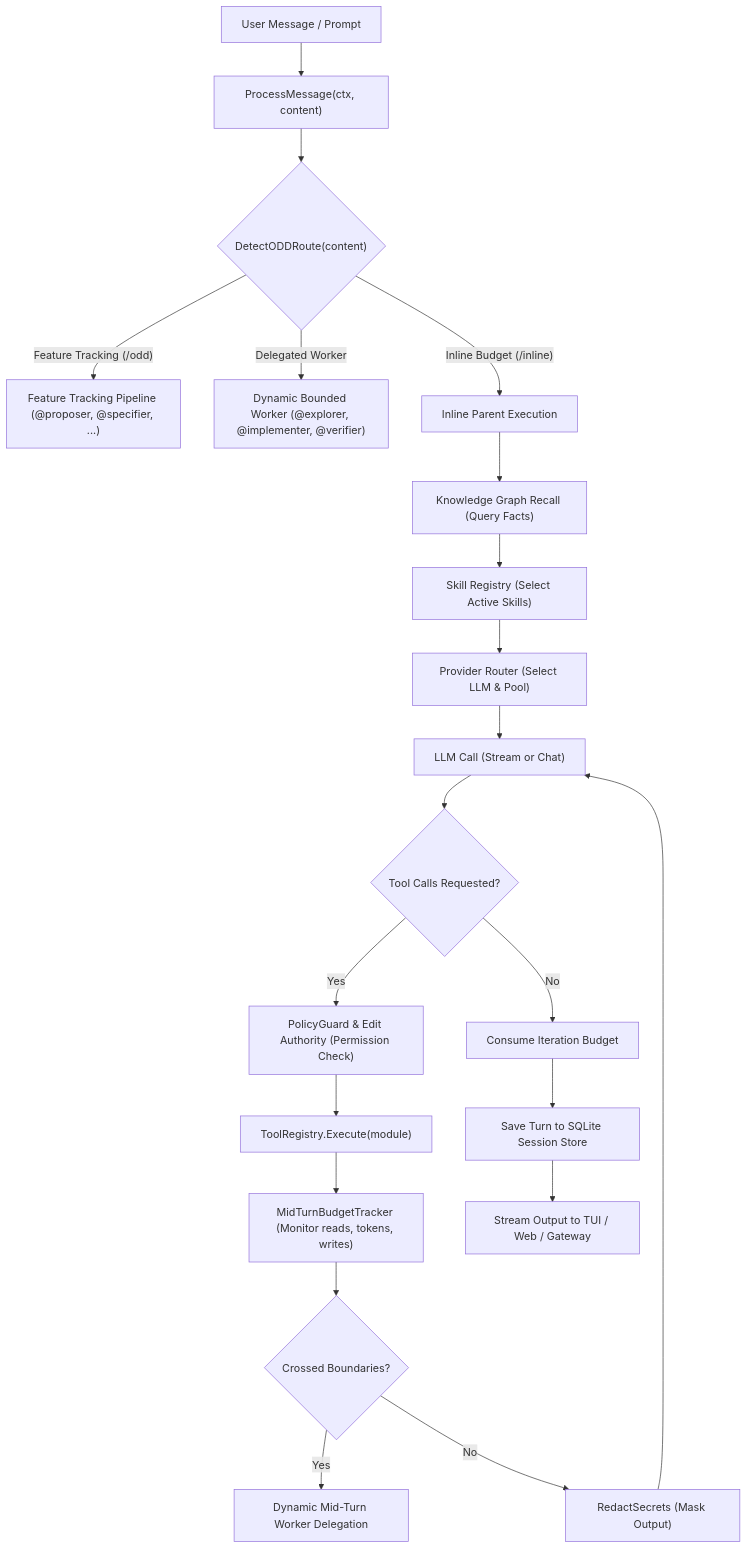
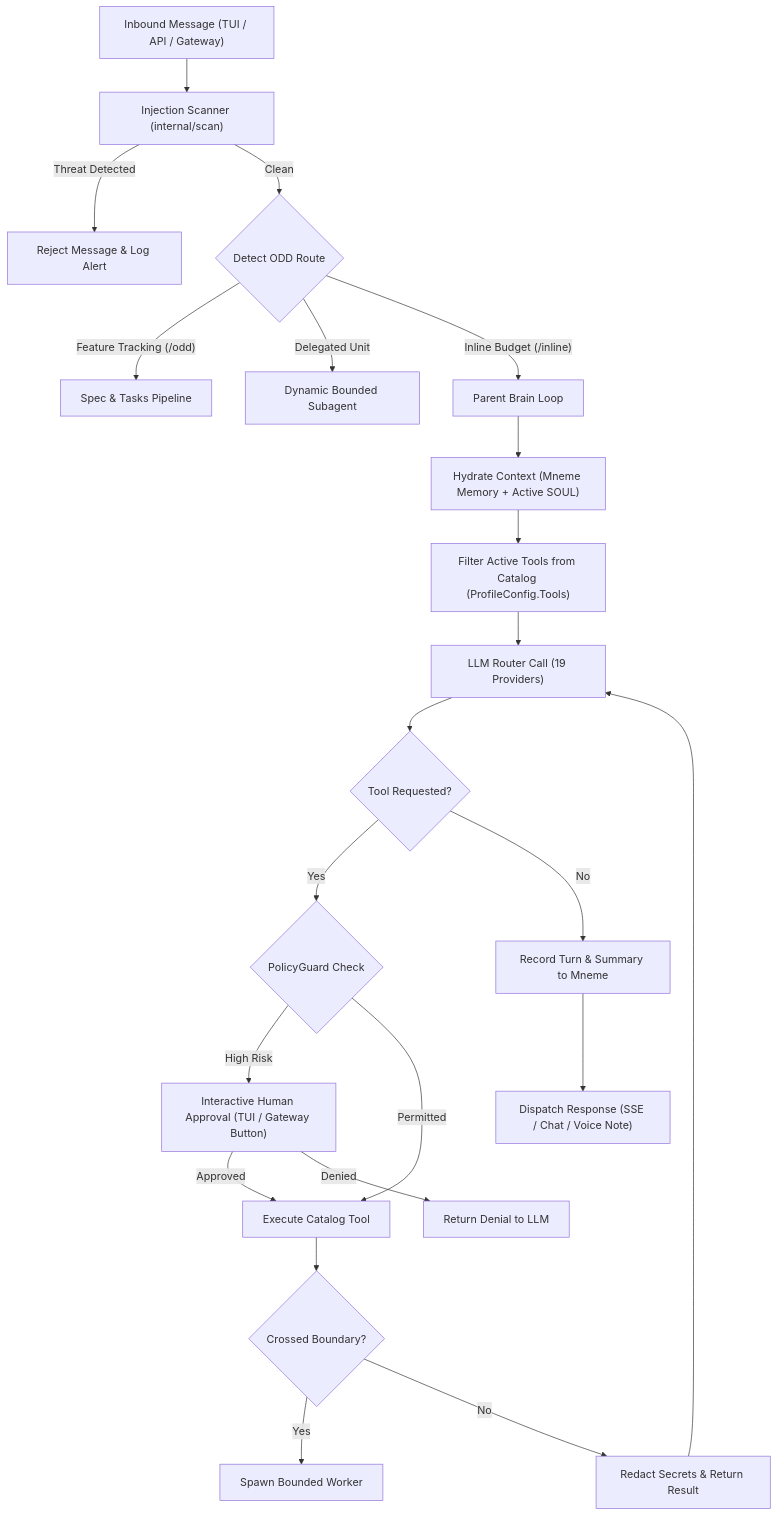
One commit to SalvucciFacundo/gaia changed the second of 5 diagrams in docs/architecture.md. Above: the diagram before and after it, drawn with Mermaid. The commit also changed other lines of this file, not shown here.

Commit message:
docs(arch): document hexagonal architecture, 60 packages, tool decoupling, and gateway pipeline

````diff
--- a/docs/architecture.md
+++ b/docs/architecture.md
@@ -43,27 +151,29 @@
 ```mermaid
 flowchart TD
-    IN["User Message / Prompt"] --> PROC["ProcessMessage(ctx, content)"]
-    
-    PROC --> ODD{"DetectODDRoute(content)"}
-    ODD -- "Feature Tracking (/odd)" --> FEAT["Feature Tracking Pipeline (@proposer, @specifier, ...)"]
-    ODD -- "Delegated Worker" --> WORKER["Dynamic Bounded Worker (@explorer, @implementer, @verifier)"]
-    ODD -- "Inline Budget (/inline)" --> INLINE["Inline Parent Execution"]
-    
-    INLINE --> KG["Knowledge Graph Recall (Query Facts)"]
-    KG --> SKILL["Skill Registry (Select Active Skills)"]
-    SKILL --> ROUTE["Provider Router (Select LLM & Pool)"]
-    ROUTE --> LLM["LLM Call (Stream or Chat)"]
-    
-    LLM --> TOOLS{"Tool Calls Requested?"}
-    TOOLS -- "Yes" --> GUARD["PolicyGuard & Edit Authority (Permission Check)"]
-    GUARD --> EXEC["ToolRegistry.Execute(module)"]
-    EXEC --> TRACK["MidTurnBudgetTracker (Monitor reads, tokens, writes)"]
-    TRACK --> MIDDELEG{"Crossed Boundaries?"}
-    MIDDELEG -- "Yes" --> DYNMID["Dynamic Mid-Turn Worker Delegation"]
-    MIDDELEG -- "No" --> REDACT["RedactSecrets (Mask Output)"]
+    IN["Inbound Message (TUI / API / Gateway)"] --> SCAN["Injection Scanner (internal/scan)"]
+    SCAN -- "Threat Detected" --> REJECT["Reject Message & Log Alert"]
+    SCAN -- "Clean" --> ROUTE{"Detect ODD Route"}
+
+    ROUTE -- "Feature Tracking (/odd)" --> FEAT["Spec & Tasks Pipeline"]
+    ROUTE -- "Delegated Unit" --> SUB["Dynamic Bounded Subagent"]
+    ROUTE -- "Inline Budget (/inline)" --> BRAIN["Parent Brain Loop"]
+
+    BRAIN --> CTX["Hydrate Context (Mneme Memory + Active SOUL)"]
+    CTX --> TOOLS["Filter Active Tools from Catalog (ProfileConfig.Tools)"]
+    TOOLS --> LLM["LLM Router Call (19 Providers)"]
+
+    LLM --> DECIDE{"Tool Requested?"}
+    DECIDE -- "Yes" --> POLICY{"PolicyGuard Check"}
+    POLICY -- "High Risk" --> CONFIRM["Interactive Human Approval (TUI / Gateway Button)"]
+    CONFIRM -- "Approved" --> EXEC["Execute Catalog Tool"]
+    CONFIRM -- "Denied" --> FEEDBACK["Return Denial to LLM"]
+    POLICY -- "Permitted" --> EXEC
+
+    EXEC --> MID{"Crossed Boundary?"}
+    MID -- "Yes" --> DELEGATE["Spawn Bounded Worker"]
+    MID -- "No" --> REDACT["Redact Secrets & Return Result"]
     REDACT --> LLM
-    
-    TOOLS -- "No" --> BUD["Consume Iteration Budget"]
-    BUD --> SAVE["Save Turn to SQLite Session Store"]
-    SAVE --> OUT["Stream Output to TUI / Web / Gateway"]
+
+    DECIDE -- "No" --> FINALIZE["Record Turn & Summary to Mneme"]
+    FINALIZE --> DISPATCH["Dispatch Response (SSE / Chat / Voice Note)"]
 ```
````
